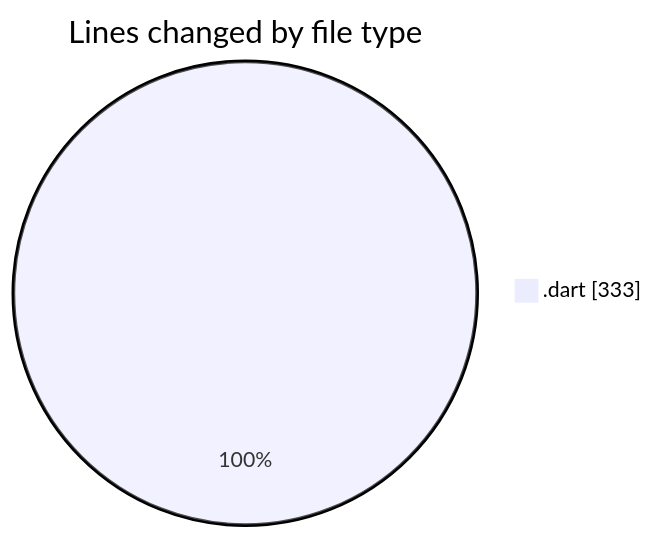
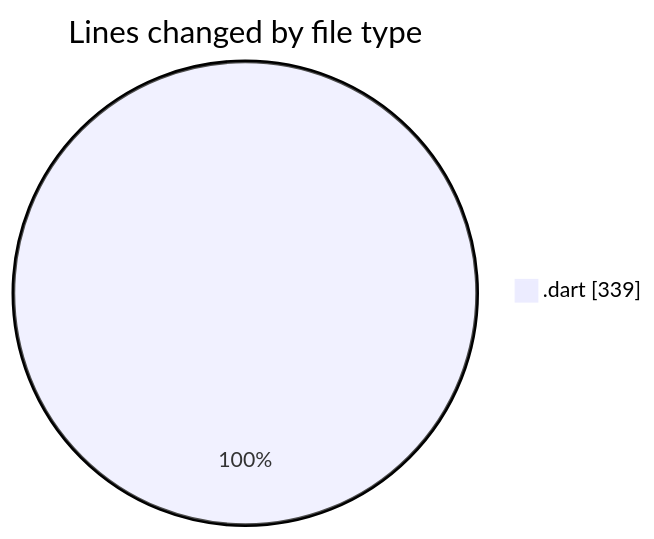
Before and after one commit to donsfak/code-tracking: the first of 2 diagrams in 2025-01-24/trackers_app/README.md, drawn with Mermaid. The commit also changed other lines of this file and 1 other file, not shown here.

````diff
--- a/2025-01-24/trackers_app/README.md
+++ b/2025-01-24/trackers_app/README.md
@@ -24,5 +25,5 @@
 ```mermaid
 pie showData
 title Lines changed by file type
-".dart" : 333
+".dart" : 339
 ```
````
